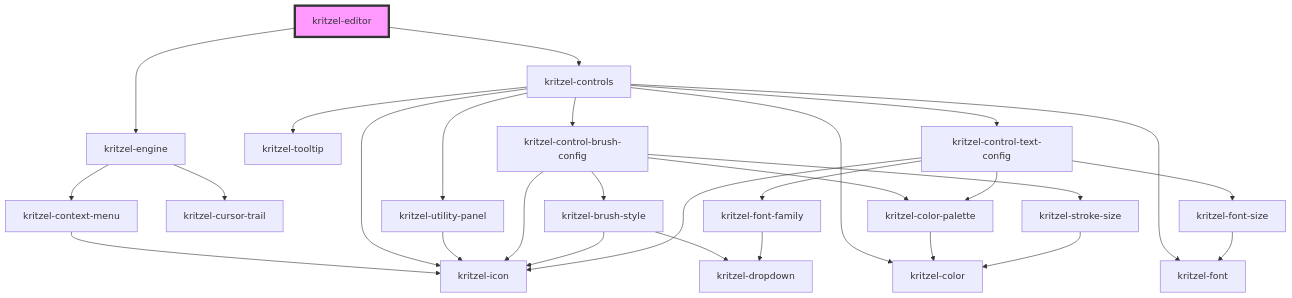
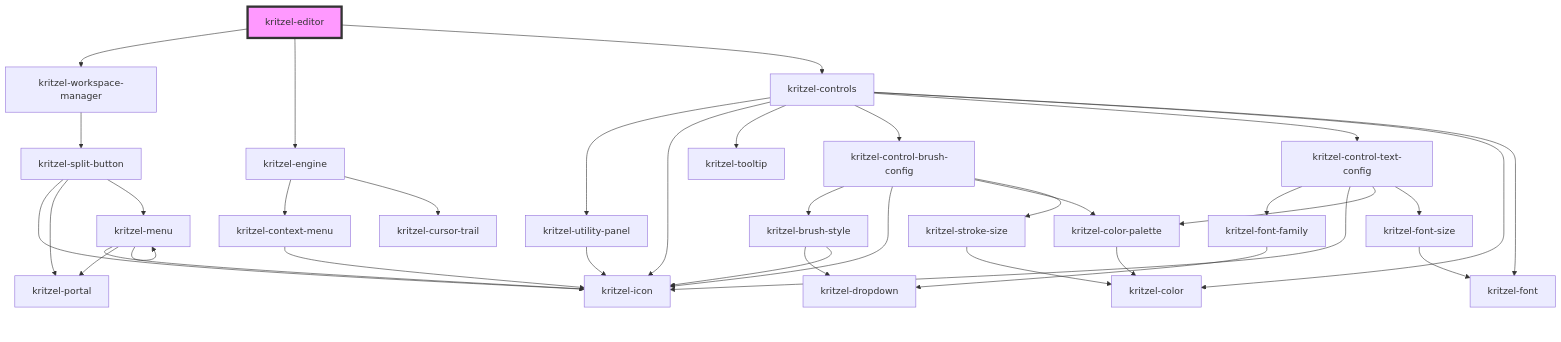
One commit to kasual1/kritzel changed the diagram in libs/kritzel-stencil/src/components/core/kritzel-editor/readme.md. Above: the diagram before and after it, drawn with Mermaid. The commit also changed other lines of this file and 20 other files, not shown here.

````diff
--- a/libs/kritzel-stencil/src/components/core/kritzel-editor/readme.md
+++ b/libs/kritzel-stencil/src/components/core/kritzel-editor/readme.md
@@ -167,31 +168,39 @@
 ```mermaid
 graph TD;
+  kritzel-editor --> kritzel-workspace-manager
   kritzel-editor --> kritzel-engine
   kritzel-editor --> kritzel-controls
+  kritzel-workspace-manager --> kritzel-split-button
+  kritzel-split-button --> kritzel-icon
+  kritzel-split-button --> kritzel-portal
+  kritzel-split-button --> kritzel-menu
+  kritzel-menu --> kritzel-icon
+  kritzel-menu --> kritzel-portal
+  kritzel-menu --> kritzel-menu
   kritzel-engine --> kritzel-context-menu
   kritzel-engine --> kritzel-cursor-trail
   kritzel-context-menu --> kritzel-icon
   kritzel-controls --> kritzel-utility-panel
   kritzel-controls --> kritzel-icon
   kritzel-controls --> kritzel-tooltip
   kritzel-controls --> kritzel-control-brush-config
   kritzel-controls --> kritzel-control-text-config
   kritzel-controls --> kritzel-color
   kritzel-controls --> kritzel-font
   kritzel-utility-panel --> kritzel-icon
   kritzel-control-brush-config --> kritzel-brush-style
   kritzel-control-brush-config --> kritzel-icon
   kritzel-control-brush-config --> kritzel-color-palette
   kritzel-control-brush-config --> kritzel-stroke-size
   kritzel-brush-style --> kritzel-dropdown
   kritzel-brush-style --> kritzel-icon
   kritzel-color-palette --> kritzel-color
   kritzel-stroke-size --> kritzel-color
   kritzel-control-text-config --> kritzel-font-family
   kritzel-control-text-config --> kritzel-icon
   kritzel-control-text-config --> kritzel-color-palette
   kritzel-control-text-config --> kritzel-font-size
   kritzel-font-family --> kritzel-dropdown
   kritzel-font-size --> kritzel-font
   style kritzel-editor fill:#f9f,stroke:#333,stroke-width:4px
 ```
````
